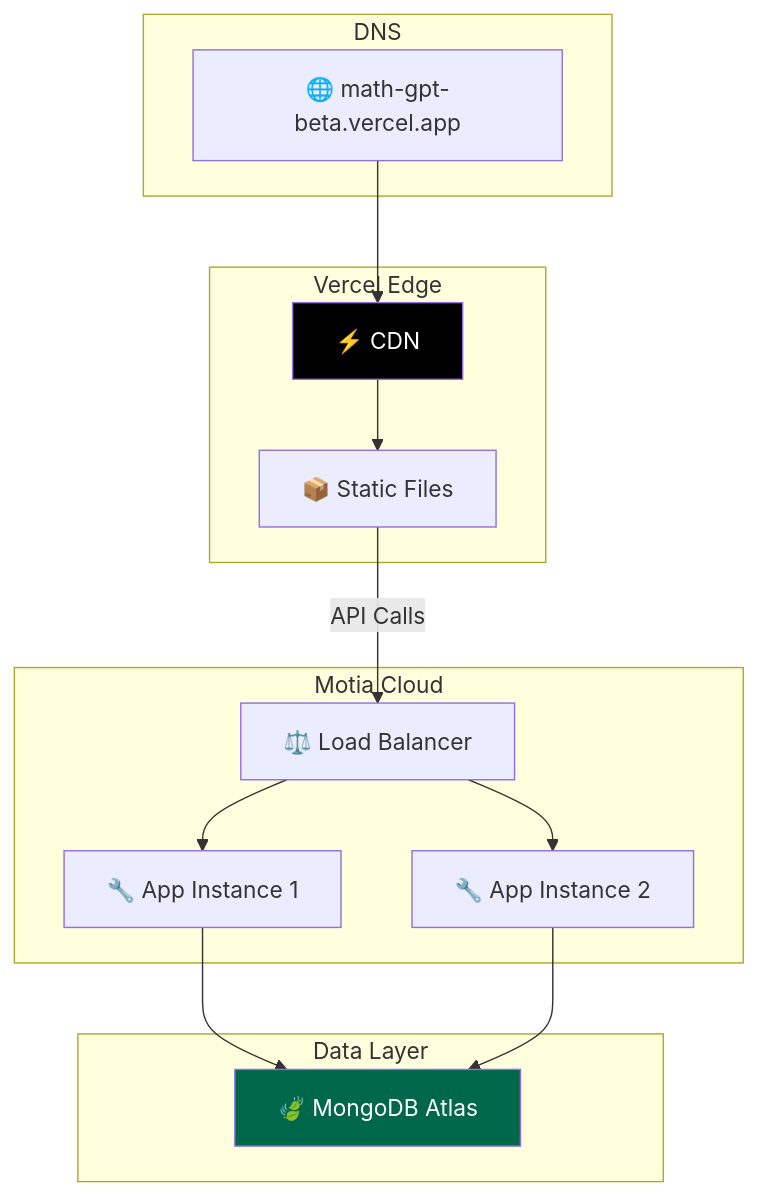
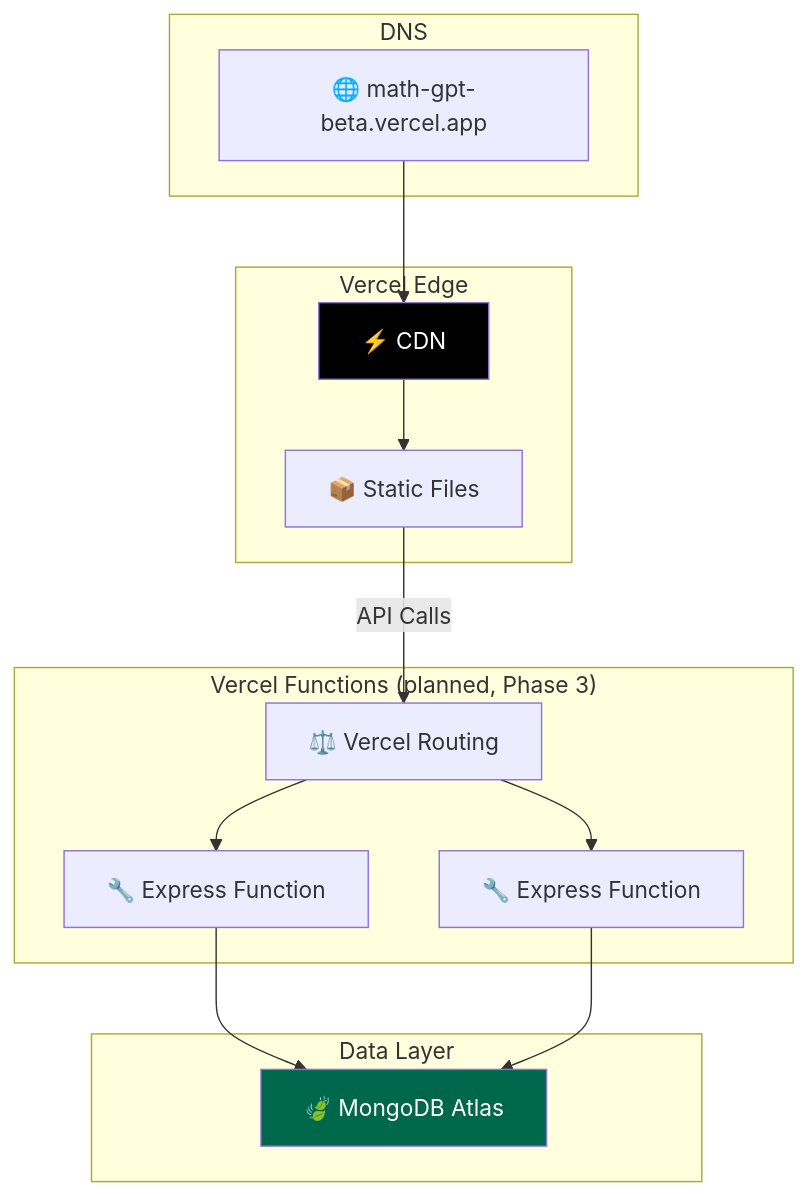
One commit to AbhishekBalija/MathGPT changed the eighth of 8 diagrams in docs/architecture.md. Above: the diagram before and after it, drawn with Mermaid. The commit also changed other lines of this file and 60 other files, not shown here.

First line of the commit message:
refactor(backend)!: migrate from Motia to Express 5 on Bun

````diff
--- a/docs/architecture.md
+++ b/docs/architecture.md
@@ -397,32 +398,32 @@
 ```mermaid
 graph TB
     subgraph "DNS"
         DOMAIN["🌐 math-gpt-beta.vercel.app"]
     end
 
     subgraph "Vercel Edge"
         CDN["⚡ CDN"]
         SSR["📦 Static Files"]
     end
 
-    subgraph "Motia Cloud"
-        LB["⚖️ Load Balancer"]
-        APP1["🔧 App Instance 1"]
-        APP2["🔧 App Instance 2"]
+    subgraph "Vercel Functions (planned, Phase 3)"
+        LB["⚖️ Vercel Routing"]
+        APP1["🔧 Express Function"]
+        APP2["🔧 Express Function"]
     end
 
     subgraph "Data Layer"
         ATLAS["🍃 MongoDB Atlas"]
     end
 
     DOMAIN --> CDN
     CDN --> SSR
     SSR -->|API Calls| LB
     LB --> APP1
     LB --> APP2
     APP1 --> ATLAS
     APP2 --> ATLAS
 
     style CDN fill:#000,color:#fff
     style ATLAS fill:#00684a,color:#fff
 ```
````
